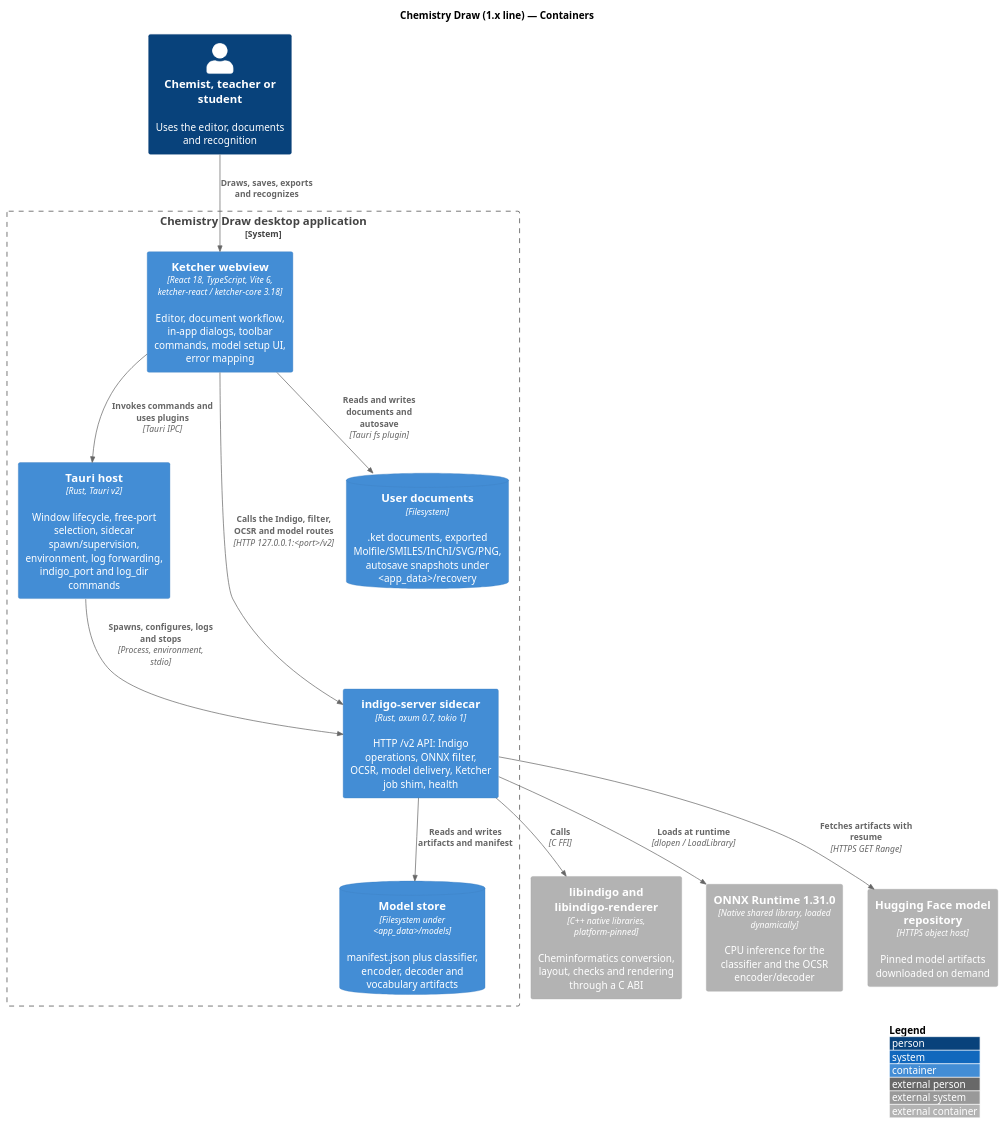
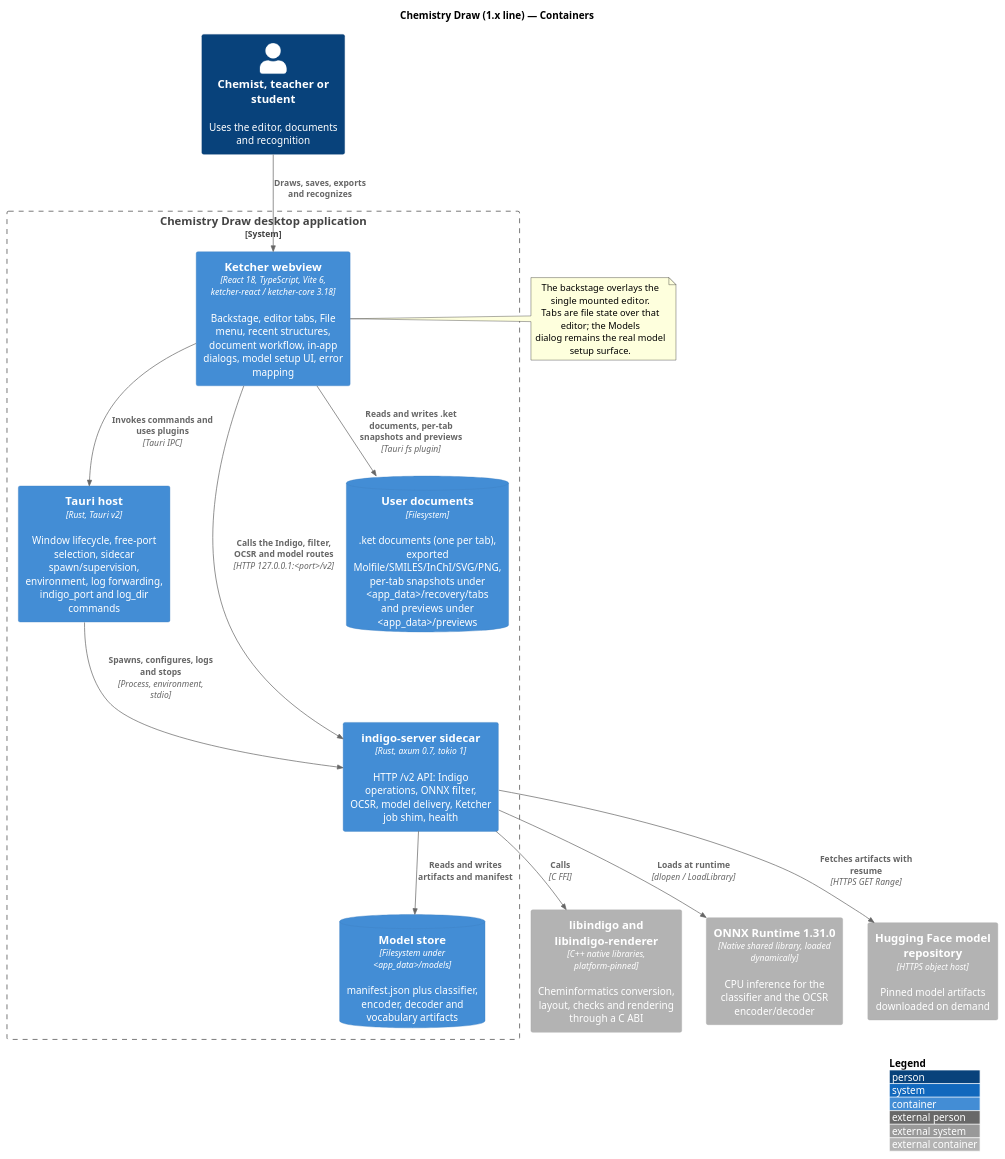
The diagram in docs/planning/c4/container.puml (spalax-dev/chemistry_draw), drawn with PlantUML before and after one commit. The commit also changed 25 other files, not shown here.

```diff
--- a/docs/planning/c4/container.puml
+++ b/docs/planning/c4/container.puml
@@ -1,38 +1,44 @@
 @startuml
 !include <C4/C4_Container>
 
 title Chemistry Draw (1.x line) — Containers
 
 Person(user, "Chemist, teacher or student", "Uses the editor, documents and recognition")
 
 System_Boundary(app, "Chemistry Draw desktop application") {
-  Container(webview, "Ketcher webview", "React 18, TypeScript, Vite 6, ketcher-react / ketcher-core 3.18", "Editor, document workflow, in-app dialogs, toolbar commands, model setup UI, error mapping")
+  Container(webview, "Ketcher webview", "React 18, TypeScript, Vite 6, ketcher-react / ketcher-core 3.18", "Backstage, editor tabs, File menu, recent structures, document workflow, in-app dialogs, model setup UI, error mapping")
 
   Container(host, "Tauri host", "Rust, Tauri v2", "Window lifecycle, free-port selection, sidecar spawn/supervision, environment, log forwarding, indigo_port and log_dir commands")
 
   Container(sidecar, "indigo-server sidecar", "Rust, axum 0.7, tokio 1", "HTTP /v2 API: Indigo operations, ONNX filter, OCSR, model delivery, Ketcher job shim, health")
 
-  ContainerDb(documents, "User documents", "Filesystem", ".ket documents, exported Molfile/SMILES/InChI/SVG/PNG, autosave snapshots under <app_data>/recovery")
+  ContainerDb(documents, "User documents", "Filesystem", ".ket documents (one per tab), exported Molfile/SMILES/InChI/SVG/PNG, per-tab snapshots under <app_data>/recovery/tabs and previews under <app_data>/previews")
 
   ContainerDb(models, "Model store", "Filesystem under <app_data>/models", "manifest.json plus classifier, encoder, decoder and vocabulary artifacts")
 }
 
 Container_Ext(indigo, "libindigo and libindigo-renderer", "C++ native libraries, platform-pinned", "Cheminformatics conversion, layout, checks and rendering through a C ABI")
 
 Container_Ext(onnx_runtime, "ONNX Runtime 1.31.0", "Native shared library, loaded dynamically", "CPU inference for the classifier and the OCSR encoder/decoder")
 
 Container_Ext(huggingface, "Hugging Face model repository", "HTTPS object host", "Pinned model artifacts downloaded on demand")
 
 Rel(user, webview, "Draws, saves, exports and recognizes")
 Rel(webview, host, "Invokes commands and uses plugins", "Tauri IPC")
 Rel(webview, sidecar, "Calls the Indigo, filter, OCSR and model routes", "HTTP 127.0.0.1:<port>/v2")
-Rel(webview, documents, "Reads and writes documents and autosave", "Tauri fs plugin")
+Rel(webview, documents, "Reads and writes .ket documents, per-tab snapshots and previews", "Tauri fs plugin")
 Rel(host, sidecar, "Spawns, configures, logs and stops", "Process, environment, stdio")
 Rel(sidecar, indigo, "Calls", "C FFI")
 Rel(sidecar, onnx_runtime, "Loads at runtime", "dlopen / LoadLibrary")
 Rel(sidecar, models, "Reads and writes artifacts and manifest")
 Rel(sidecar, huggingface, "Fetches artifacts with resume", "HTTPS GET Range")
 
+note right of webview
+  The backstage overlays the single mounted editor.
+  Tabs are file state over that editor; the Models
+  dialog remains the real model setup surface.
+end note
+
 LAYOUT_WITH_LEGEND()
 
 @enduml
```
